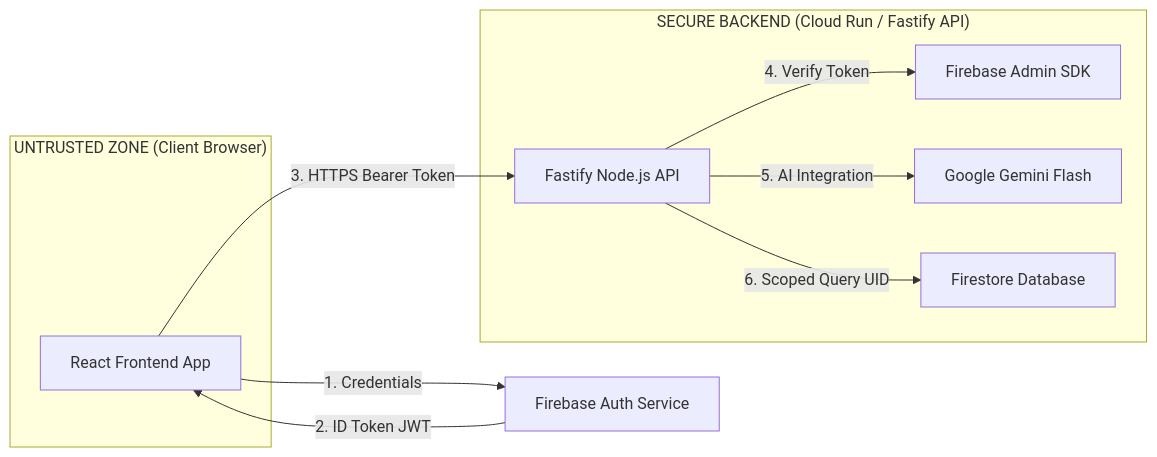
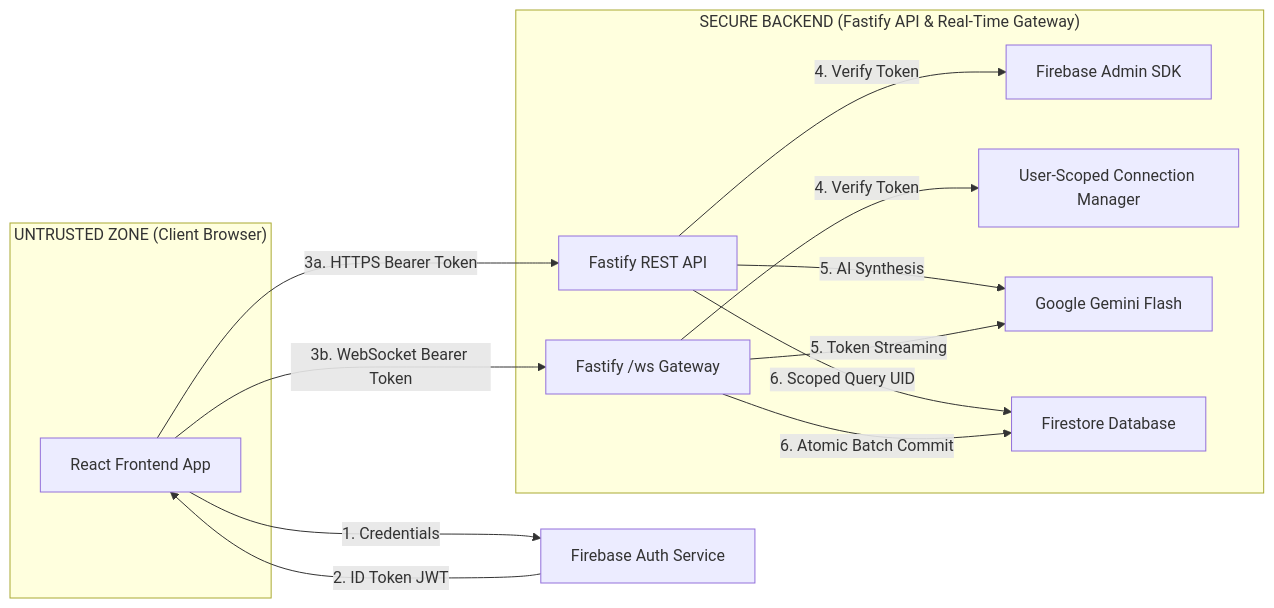
One commit to JAY4IGNITE/MindVault changed the diagram in README.md. Above: the diagram before and after it, drawn with Mermaid. The commit also changed other lines of this file, not shown here.

Commit message:
docs: update README with real-time WebSocket architecture and streaming features

````diff
--- a/README.md
+++ b/README.md
@@ -43,16 +46,20 @@
 ```mermaid
 graph LR
   subgraph "UNTRUSTED ZONE (Client Browser)"
     ReactApp[React Frontend App]
   end
   
   ReactApp -->|1. Credentials| FirebaseAuth[Firebase Auth Service]
   FirebaseAuth -->|2. ID Token JWT| ReactApp
   
-  subgraph "SECURE BACKEND (Cloud Run / Fastify API)"
-    ReactApp -->|3. HTTPS Bearer Token| API[Fastify Node.js API]
+  subgraph "SECURE BACKEND (Fastify API & Real-Time Gateway)"
+    ReactApp -->|3a. HTTPS Bearer Token| API[Fastify REST API]
+    ReactApp -->|3b. WebSocket Bearer Token| WS[Fastify /ws Gateway]
     API -->|4. Verify Token| AuthMiddleware[Firebase Admin SDK]
-    API -->|5. AI Integration| GeminiAPI[Google Gemini Flash]
+    WS -->|4. Verify Token| ConnectionManager[User-Scoped Connection Manager]
+    API -->|5. AI Synthesis| GeminiAPI[Google Gemini Flash]
+    WS -->|5. Token Streaming| GeminiAPI
     API -->|6. Scoped Query UID| Firestore[Firestore Database]
+    WS -->|6. Atomic Batch Commit| Firestore
   end
 ```
````
